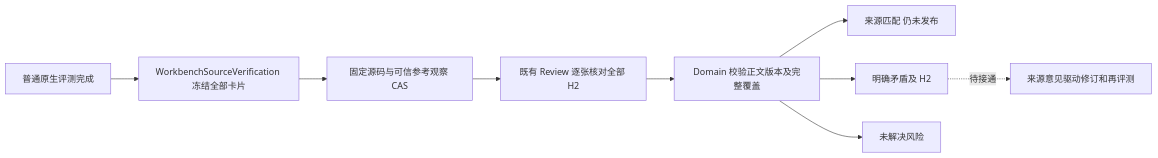
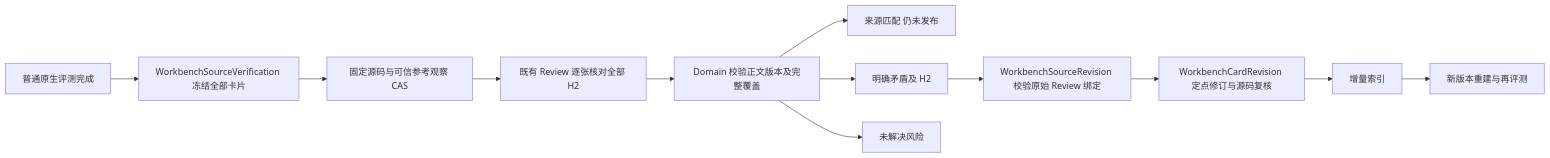
Diagram 12 of 12 in docs/diagrams/Views4Plus1.md (linlisWorkTeam/domain-knowledge), drawn with Mermaid before and after one commit. The commit also changed 18 other files, not shown here.

Commit message:
feat(workbench): revise knowledge from bound source findings

````diff
--- a/docs/diagrams/Views4Plus1.md
+++ b/docs/diagrams/Views4Plus1.md
@@ -295,11 +295,14 @@
 ```mermaid
 flowchart LR
   Evaluated[普通原生评测完成] --> SourceApp[WorkbenchSourceVerification 冻结全部卡片]
   SourceApp --> Materials[固定源码与可信参考观察 CAS]
   Materials --> ReviewAll[既有 Review 逐张核对全部 H2]
   ReviewAll --> SourceDomain[Domain 校验正文版本及完整覆盖]
   SourceDomain --> Matched[来源匹配 仍未发布]
   SourceDomain --> Mismatch[明确矛盾及 H2]
   SourceDomain --> Unknown[未解决风险]
-  Mismatch -.待接通.-> Repair[来源意见驱动修订和再评测]
+  Mismatch --> SourceRevision[WorkbenchSourceRevision 校验原始 Review 绑定]
+  SourceRevision --> SharedRevision[WorkbenchCardRevision 定点修订与源码复核]
+  SharedRevision --> Reindex[增量索引]
+  Reindex --> Rebuild[新版本重建与再评测]
 ```
````
